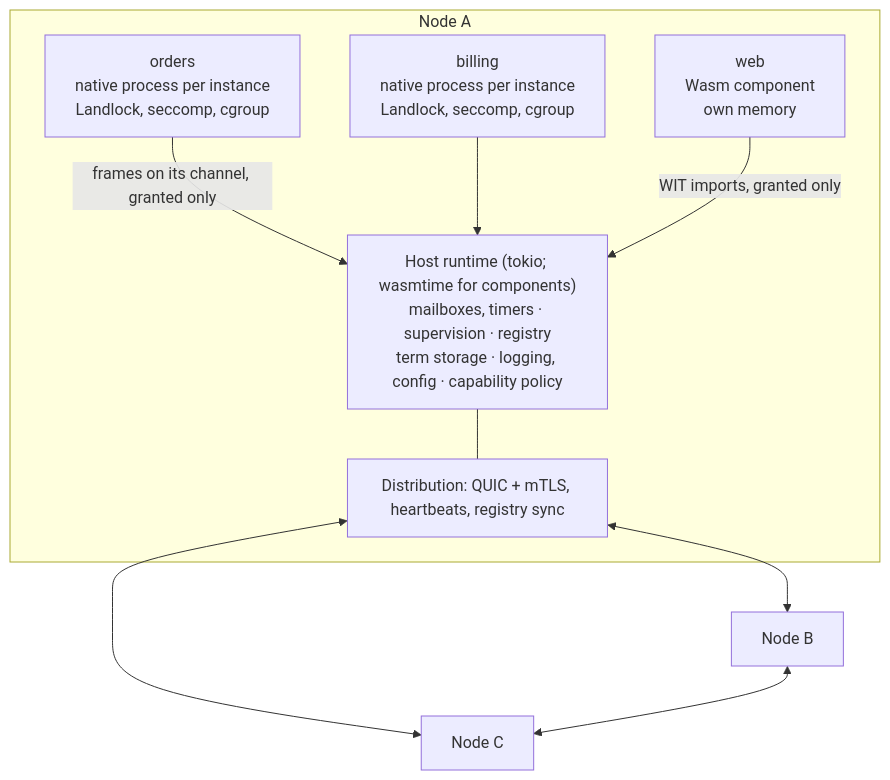
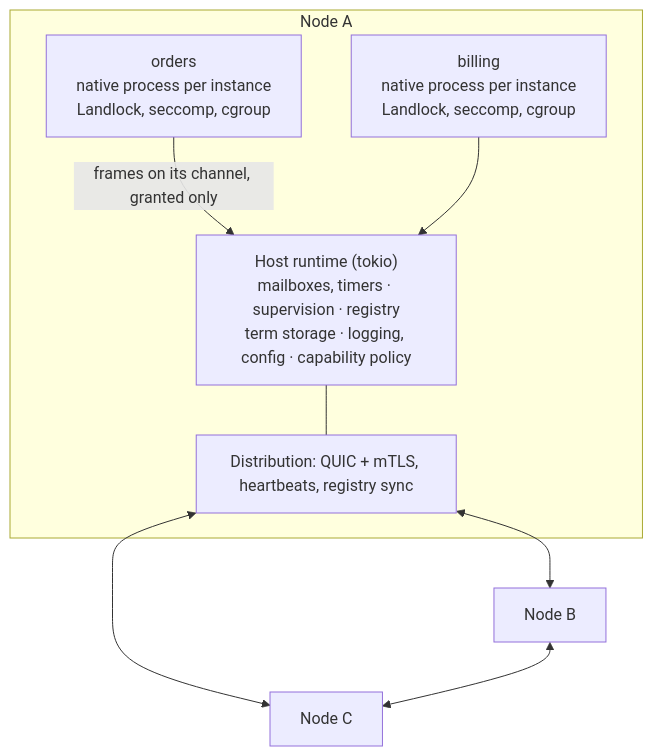
Before and after one commit to jrobhoward/paddock: the diagram in docs/DESIGN.md, drawn with Mermaid. The commit also changed other lines of this file and 13 other files, not shown here.

````diff
--- a/docs/DESIGN.md
+++ b/docs/DESIGN.md
@@ -51,17 +51,15 @@
 ```mermaid
 flowchart TB
     subgraph A["Node A"]
         orders["orders<br/>native process per instance<br/>Landlock, seccomp, cgroup"]
         billing["billing<br/>native process per instance<br/>Landlock, seccomp, cgroup"]
-        web["web<br/>Wasm component<br/>own memory"]
-        host["Host runtime (tokio; wasmtime for components)<br/>mailboxes, timers · supervision · registry<br/>term storage · logging, config · capability policy"]
+        host["Host runtime (tokio)<br/>mailboxes, timers · supervision · registry<br/>term storage · logging, config · capability policy"]
         dist["Distribution: QUIC + mTLS, heartbeats, registry sync"]
         orders -->|"frames on its channel, granted only"| host
         billing --> host
-        web -->|"WIT imports, granted only"| host
         host --- dist
     end
     dist <--> B["Node B"]
     dist <--> C["Node C"]
     B <--> C
 ```
````
